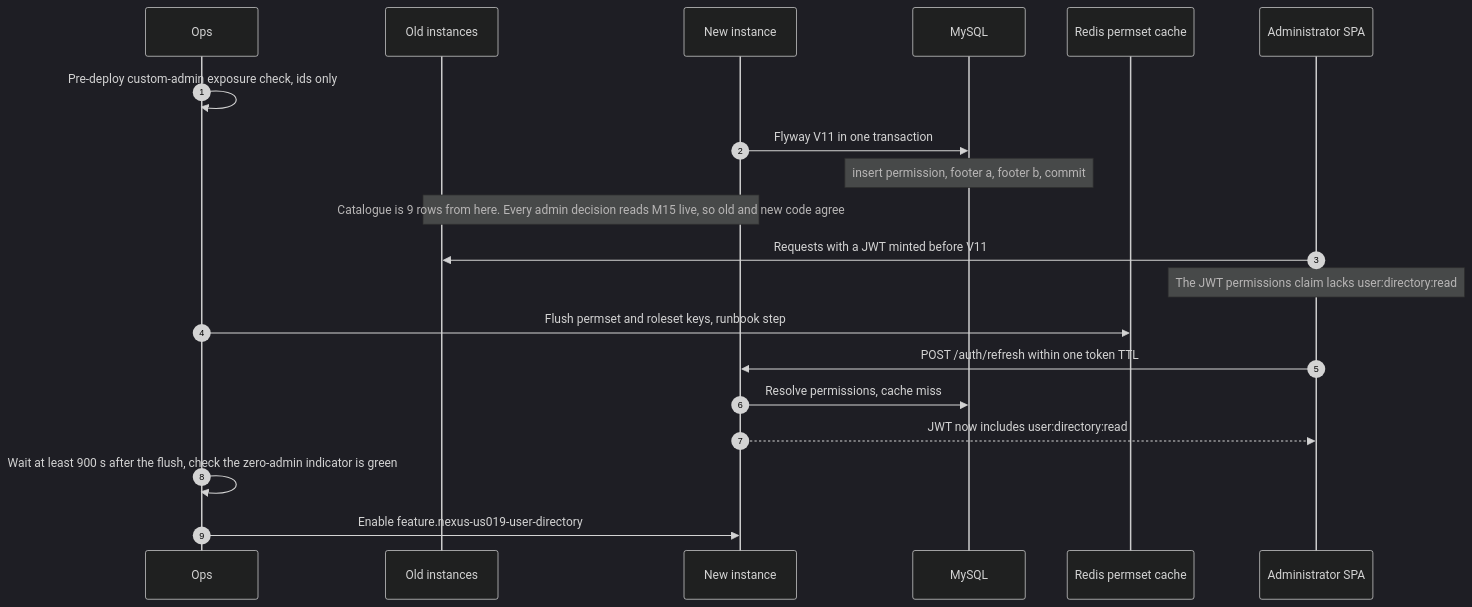
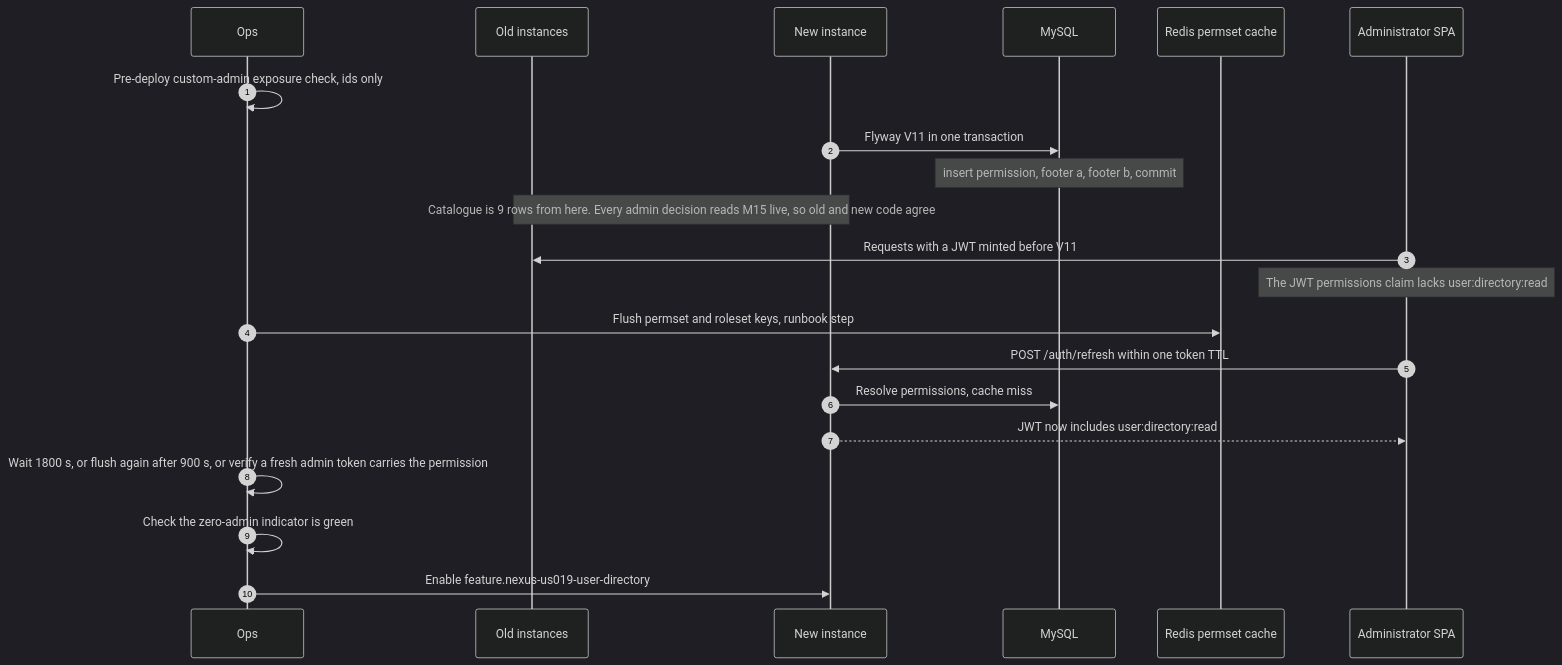
The third of 6 diagrams in docs/features/US-019/03-design.md (Md-Nisar/nexus), drawn with Mermaid (dark theme) before and after one commit. The commit also changed other lines of this file and 3 other files, not shown here.

````diff
--- a/docs/features/US-019/03-design.md
+++ b/docs/features/US-019/03-design.md
@@ -304,22 +335,23 @@
 ```mermaid
 sequenceDiagram
     autonumber
     participant Ops
     participant Old as Old instances
     participant New as New instance
     participant DB as MySQL
     participant R as Redis permset cache
     participant Admin as Administrator SPA
     Ops->>Ops: Pre-deploy custom-admin exposure check, ids only
     New->>DB: Flyway V11 in one transaction
     Note over DB: insert permission, footer a, footer b, commit
     Note over Old,New: Catalogue is 9 rows from here. Every admin decision reads M15 live, so old and new code agree
     Admin->>Old: Requests with a JWT minted before V11
     Note over Admin: The JWT permissions claim lacks user:directory:read
     Ops->>R: Flush permset and roleset keys, runbook step
     Admin->>New: POST /auth/refresh within one token TTL
     New->>DB: Resolve permissions, cache miss
     New-->>Admin: JWT now includes user:directory:read
-    Ops->>Ops: Wait at least 900 s after the flush, check the zero-admin indicator is green
+    Ops->>Ops: Wait 1800 s, or flush again after 900 s, or verify a fresh admin token carries the permission
+    Ops->>Ops: Check the zero-admin indicator is green
     Ops->>New: Enable feature.nexus-us019-user-directory
 ```
````
